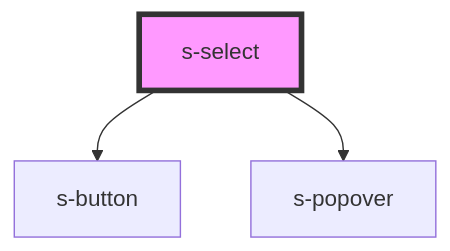
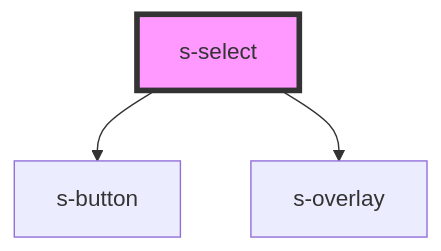
One commit to SeanWong24/s-elements changed the diagram in src/components/s-select/readme.md. Above: the diagram before and after it, drawn with Mermaid. The commit also changed other lines of this file and 7 other files, not shown here.

Commit message:
use s-overlay for s-select

````diff
--- a/src/components/s-select/readme.md
+++ b/src/components/s-select/readme.md
@@ -32,6 +32,6 @@
 ```mermaid
 graph TD;
   s-select --> s-button
-  s-select --> s-popover
+  s-select --> s-overlay
   style s-select fill:#f9f,stroke:#333,stroke-width:4px
 ```
````
